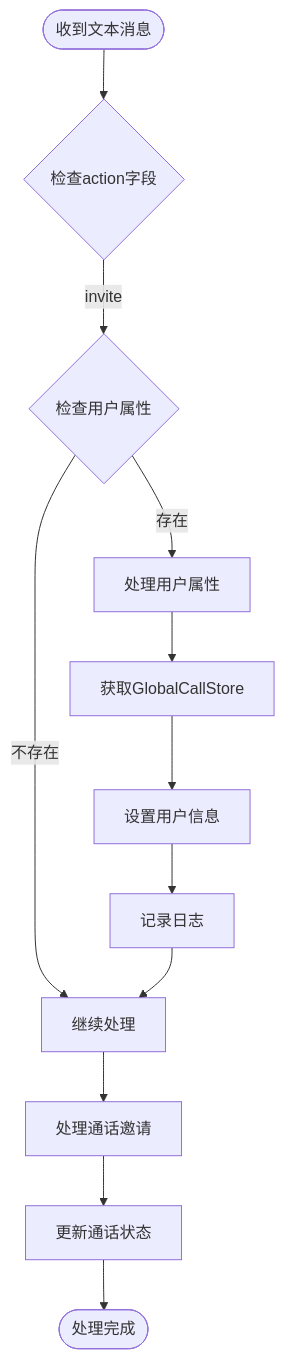
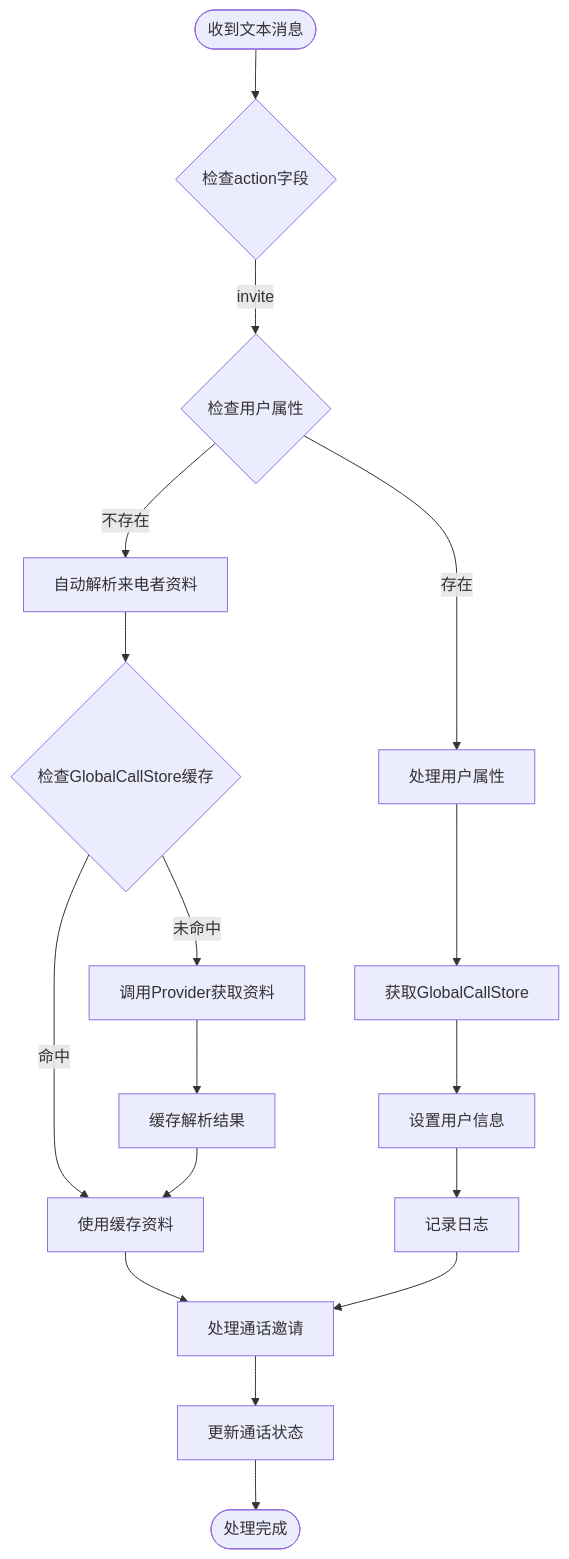
Before and after one commit to Easemob-Community/easemob-uikit-callkit-vue3: the seventh of 22 diagrams in .qoder/repowiki/zh/content/组合式 API/监听器管理 API.md, drawn with Mermaid. The commit also changed other lines of this file and 58 other files, not shown here.

````diff
--- a/.qoder/repowiki/zh/content/组合式 API/监听器管理 API.md
+++ b/.qoder/repowiki/zh/content/组合式 API/监听器管理 API.md
@@ -340,14 +452,19 @@
 ```mermaid
 flowchart TD
 Start([收到文本消息]) --> CheckAction{检查action字段}
 CheckAction --> |invite| CheckUserAttr{检查用户属性}
 CheckUserAttr --> |存在| HandleUserAttr[处理用户属性]
-CheckUserAttr --> |不存在| Continue[继续处理]
+CheckUserAttr --> |不存在| AutoResolve[自动解析来电者资料]
+AutoResolve --> CheckCache{检查GlobalCallStore缓存}
+CheckCache --> |命中| UseCached[使用缓存资料]
+CheckCache --> |未命中| CallProvider[调用Provider获取资料]
+CallProvider --> CacheResult[缓存解析结果]
+CacheResult --> UseCached
+UseCached --> HandleInvitation[处理通话邀请]
 HandleUserAttr --> GetUserStore[获取GlobalCallStore]
 GetUserStore --> SetUserInfo[设置用户信息]
 SetUserInfo --> LogInfo[记录日志]
-LogInfo --> Continue
-Continue --> HandleInvitation[处理通话邀请]
+LogInfo --> HandleInvitation
 HandleInvitation --> UpdateState[更新通话状态]
 UpdateState --> End([处理完成])
 ```
````
